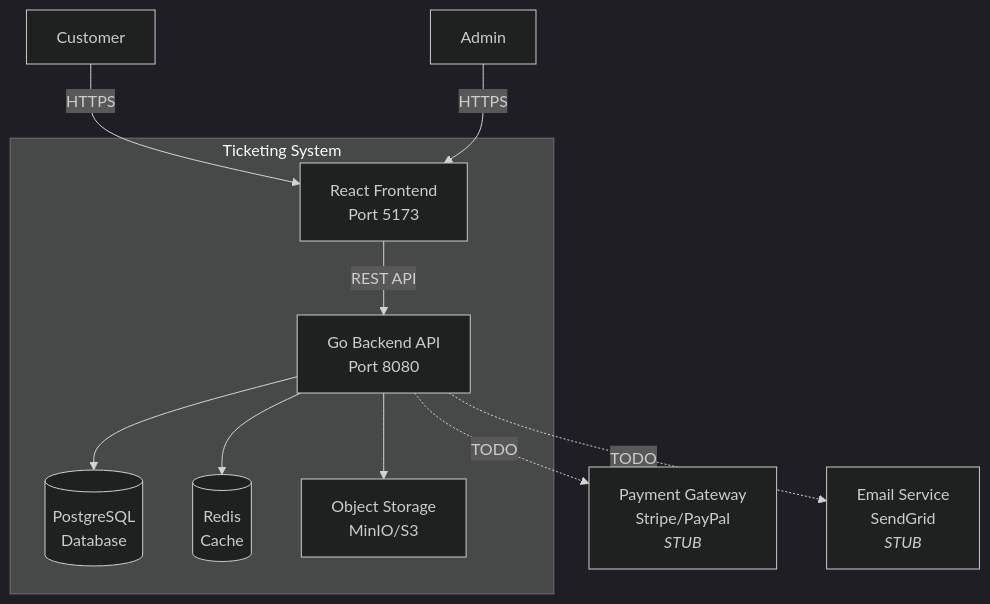
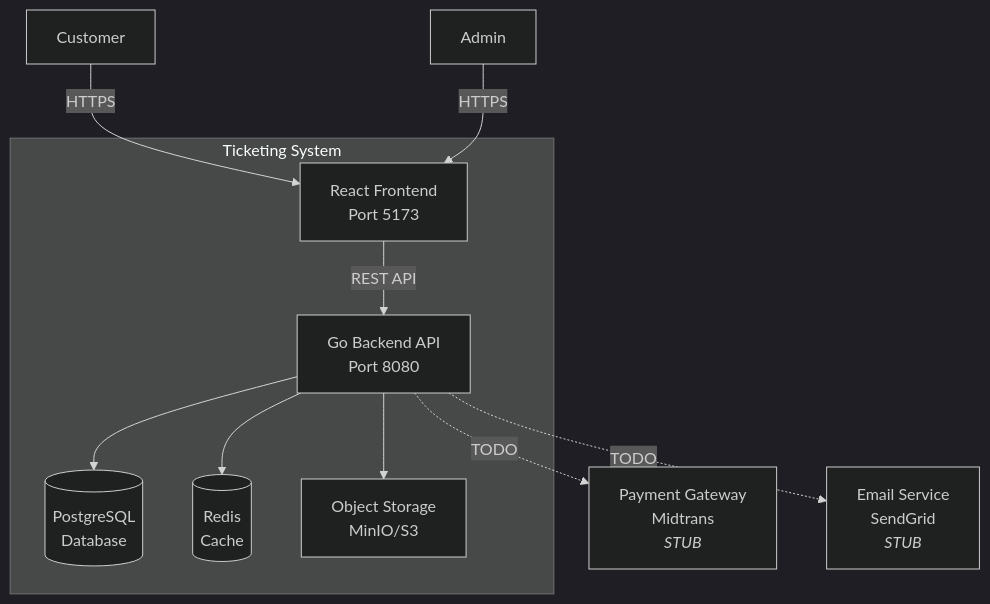
The first of 7 diagrams in docs/Architecture.md (fajarAnd/bm-project-scaffolding), drawn with Mermaid (dark theme) before and after one commit. The commit also changed other lines of this file and 4 other files, not shown here.

````diff
--- a/docs/Architecture.md
+++ b/docs/Architecture.md
@@ -49,26 +49,26 @@
 ```mermaid
 
 graph TB
     User[Customer]
     Admin[Admin]
 
     subgraph "Ticketing System"
         FE[React Frontend<br/>Port 5173]
         API[Go Backend API<br/>Port 8080]
         DB[(PostgreSQL<br/>Database)]
         Cache[(Redis<br/>Cache)]
         Storage[Object Storage<br/>MinIO/S3]
     end
 
-    Payment[Payment Gateway<br/>Stripe/PayPal<br/><i>STUB</i>]
+    Payment[Payment Gateway<br/>Midtrans<br/><i>STUB</i>]
     Email[Email Service<br/>SendGrid<br/><i>STUB</i>]
 
     User -->|HTTPS| FE
     Admin -->|HTTPS| FE
     FE -->|REST API| API
     API --> DB
     API --> Cache
     API --> Storage
     API -.->|TODO| Payment
     API -.->|TODO| Email
 ```
````
